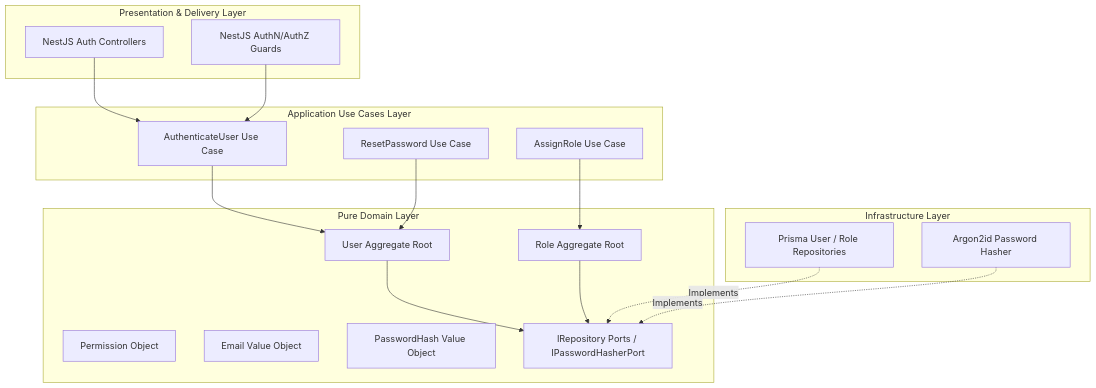
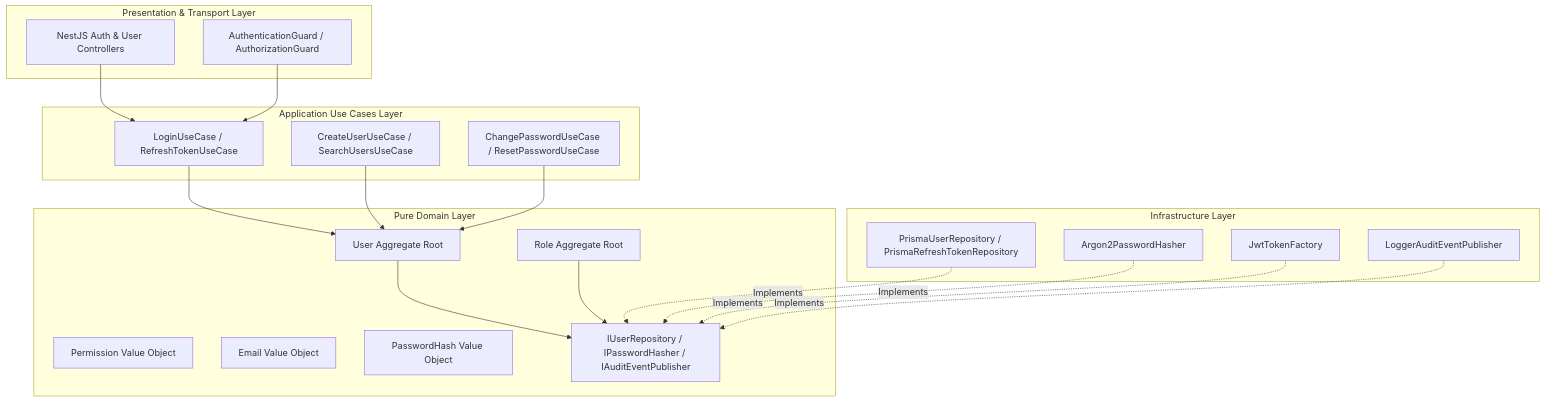
Before and after one commit to izzydin/kinergy-platform: the first of 5 diagrams in docs/architecture/identity-domain-model.md, drawn with Mermaid. The commit also changed other lines of this file and 4 other files, not shown here.

Commit message:
docs(identity): update identity architecture documentation

````diff
--- a/docs/architecture/identity-domain-model.md
+++ b/docs/architecture/identity-domain-model.md
@@ -20,39 +20,43 @@
 ```mermaid
 graph TD
-    subgraph Presentation & Delivery Layer
-        Controllers[NestJS Auth Controllers]
-        Guards[NestJS AuthN/AuthZ Guards]
+    subgraph Presentation & Transport Layer
+        Controllers[NestJS Auth & User Controllers]
+        Guards[AuthenticationGuard / AuthorizationGuard]
     end
 
     subgraph Application Use Cases Layer
-        AuthUC[AuthenticateUser Use Case]
-        ResetUC[ResetPassword Use Case]
-        RoleUC[AssignRole Use Case]
+        AuthUC[LoginUseCase / RefreshTokenUseCase]
+        UserAdminUC[CreateUserUseCase / SearchUsersUseCase]
+        PassUC[ChangePasswordUseCase / ResetPasswordUseCase]
     end
 
     subgraph Pure Domain Layer
         UserAgg[User Aggregate Root]
         RoleAgg[Role Aggregate Root]
-        PermVO[Permission Object]
+        PermVO[Permission Value Object]
         EmailVO[Email Value Object]
         HashVO[PasswordHash Value Object]
-        Ports[IRepository Ports / IPasswordHasherPort]
+        DomainPorts[IUserRepository / IPasswordHasher / IAuditEventPublisher]
     end
 
     subgraph Infrastructure Layer
-        PrismaRepo[Prisma User / Role Repositories]
-        ArgonHasher[Argon2id Password Hasher]
+        PrismaRepo[PrismaUserRepository / PrismaRefreshTokenRepository]
+        ArgonHasher[Argon2PasswordHasher]
+        JwtFactory[JwtTokenFactory]
+        LoggerAudit[LoggerAuditEventPublisher]
     end
 
     Controllers --> AuthUC
     Guards --> AuthUC
     AuthUC --> UserAgg
-    ResetUC --> UserAgg
-    RoleUC --> RoleAgg
+    UserAdminUC --> UserAgg
+    PassUC --> UserAgg
 
-    UserAgg --> Ports
-    RoleAgg --> Ports
+    UserAgg --> DomainPorts
+    RoleAgg --> DomainPorts
 
-    PrismaRepo -.->|Implements| Ports
-    ArgonHasher -.->|Implements| Ports
+    PrismaRepo -.->|Implements| DomainPorts
+    ArgonHasher -.->|Implements| DomainPorts
+    JwtFactory -.->|Implements| DomainPorts
+    LoggerAudit -.->|Implements| DomainPorts
 ```
````
